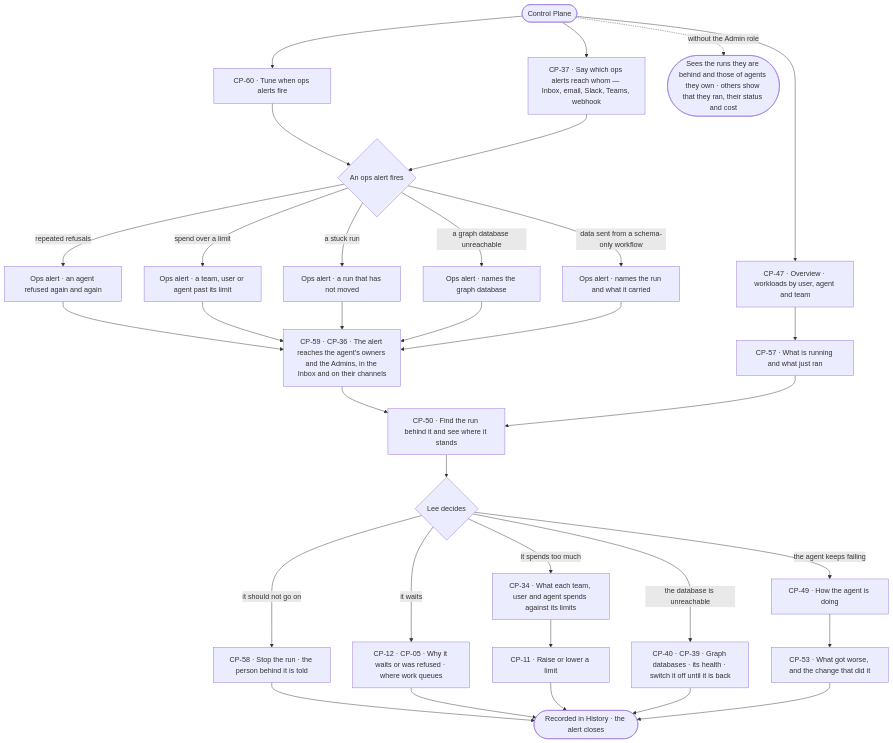
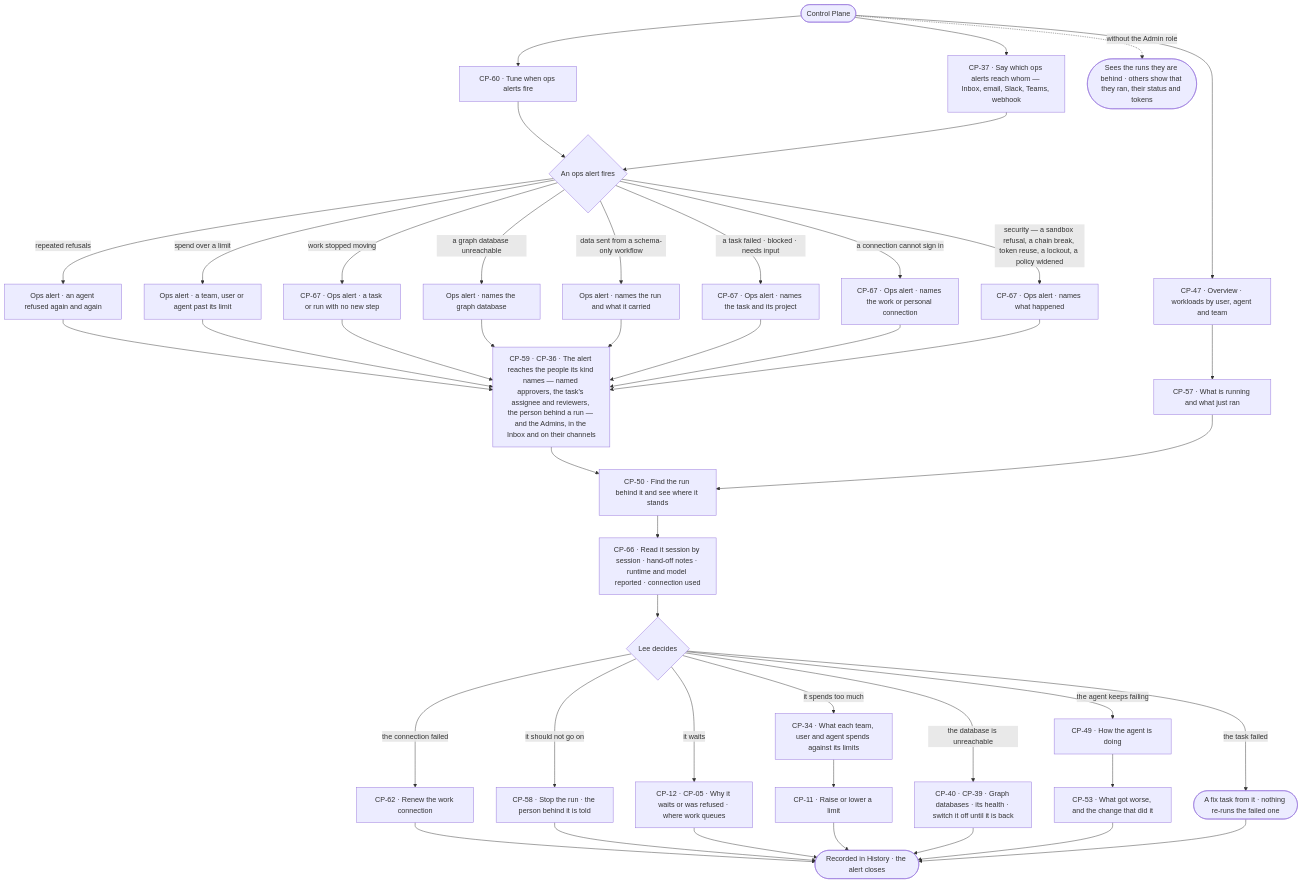
Before and after one commit to invana/invana: the diagram in specs/journeys/J08-watch-agent-workloads-and-act-on-an-alert.md, drawn with Mermaid. The commit also changed other lines of this file and 300 other files, not shown here.

````diff
--- a/specs/journeys/J08-watch-agent-workloads-and-act-on-an-alert.md
+++ b/specs/journeys/J08-watch-agent-workloads-and-act-on-an-alert.md
@@ -16,35 +16,46 @@
 ```mermaid
 flowchart TD
   A([Control Plane]) --> O["CP-47 · Overview · workloads by user, agent and team"]
   A --> NR["CP-37 · Say which ops alerts reach whom — Inbox, email, Slack, Teams, webhook"]
   A --> TH["CP-60 · Tune when ops alerts fire"]
   TH --> AL
   NR --> AL{"An ops alert fires"}
   AL -->|repeated refusals| AL1["Ops alert · an agent refused again and again"]
   AL -->|spend over a limit| AL2["Ops alert · a team, user or agent past its limit"]
-  AL -->|a stuck run| AL3["Ops alert · a run that has not moved"]
+  AL -->|work stopped moving| AL3["CP-67 · Ops alert · a task or run with no new step"]
   AL -->|a graph database unreachable| AL4["Ops alert · names the graph database"]
   AL -->|data sent from a schema-only workflow| AL5["Ops alert · names the run and what it carried"]
-  AL1 --> IN["CP-59 · CP-36 · The alert reaches the agent's owners and the Admins, in the Inbox and on their channels"]
+  AL -->|a task failed · blocked · needs input| AL6["CP-67 · Ops alert · names the task and its project"]
+  AL -->|a connection cannot sign in| AL7["CP-67 · Ops alert · names the work or personal connection"]
+  AL -->|security — a sandbox refusal, a chain break, token reuse, a lockout, a policy widened| AL8["CP-67 · Ops alert · names what happened"]
+  AL1 --> IN["CP-59 · CP-36 · The alert reaches the people its kind names — named approvers, the task's assignee and reviewers, the person behind a run — and the Admins, in the Inbox and on their channels"]
   AL2 --> IN
   AL3 --> IN
   AL4 --> IN
   AL5 --> IN
+  AL6 --> IN
+  AL7 --> IN
+  AL8 --> IN
   O --> R["CP-57 · What is running and what just ran"]
   IN --> R2["CP-50 · Find the run behind it and see where it stands"]
   R --> R2
-  R2 --> D{"Lee decides"}
+  R2 --> SS["CP-66 · Read it session by session · hand-off notes · runtime and model reported · connection used"]
+  SS --> D{"Lee decides"}
+  D -->|the task failed| FX(["A fix task from it · nothing re-runs the failed one"])
+  D -->|the connection failed| CN["CP-62 · Renew the work connection"]
+  CN --> E
   D -->|it should not go on| S["CP-58 · Stop the run · the person behind it is told"]
   D -->|it waits| W["CP-12 · CP-05 · Why it waits or was refused · where work queues"]
   D -->|it spends too much| L["CP-34 · What each team, user and agent spends against its limits"]
   L --> L1["CP-11 · Raise or lower a limit"]
   D -->|the database is unreachable| G["CP-40 · CP-39 · Graph databases · its health · switch it off until it is back"]
   D -->|the agent keeps failing| Q["CP-49 · How the agent is doing"]
   Q --> Q1["CP-53 · What got worse, and the change that did it"]
   S --> E(["Recorded in History · the alert closes"])
   W --> E
   L1 --> E
   G --> E
   Q1 --> E
-  A -.->|without the Admin role| NA(["Sees the runs they are behind and those of agents they own · others show that they ran, their status and cost"])
+  FX --> E
+  A -.->|without the Admin role| NA(["Sees the runs they are behind · others show that they ran, their status and tokens"])
 ```
````
